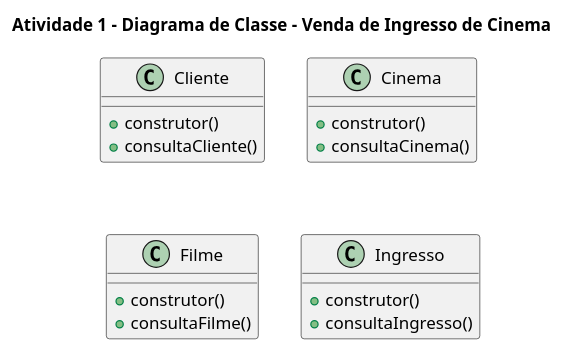
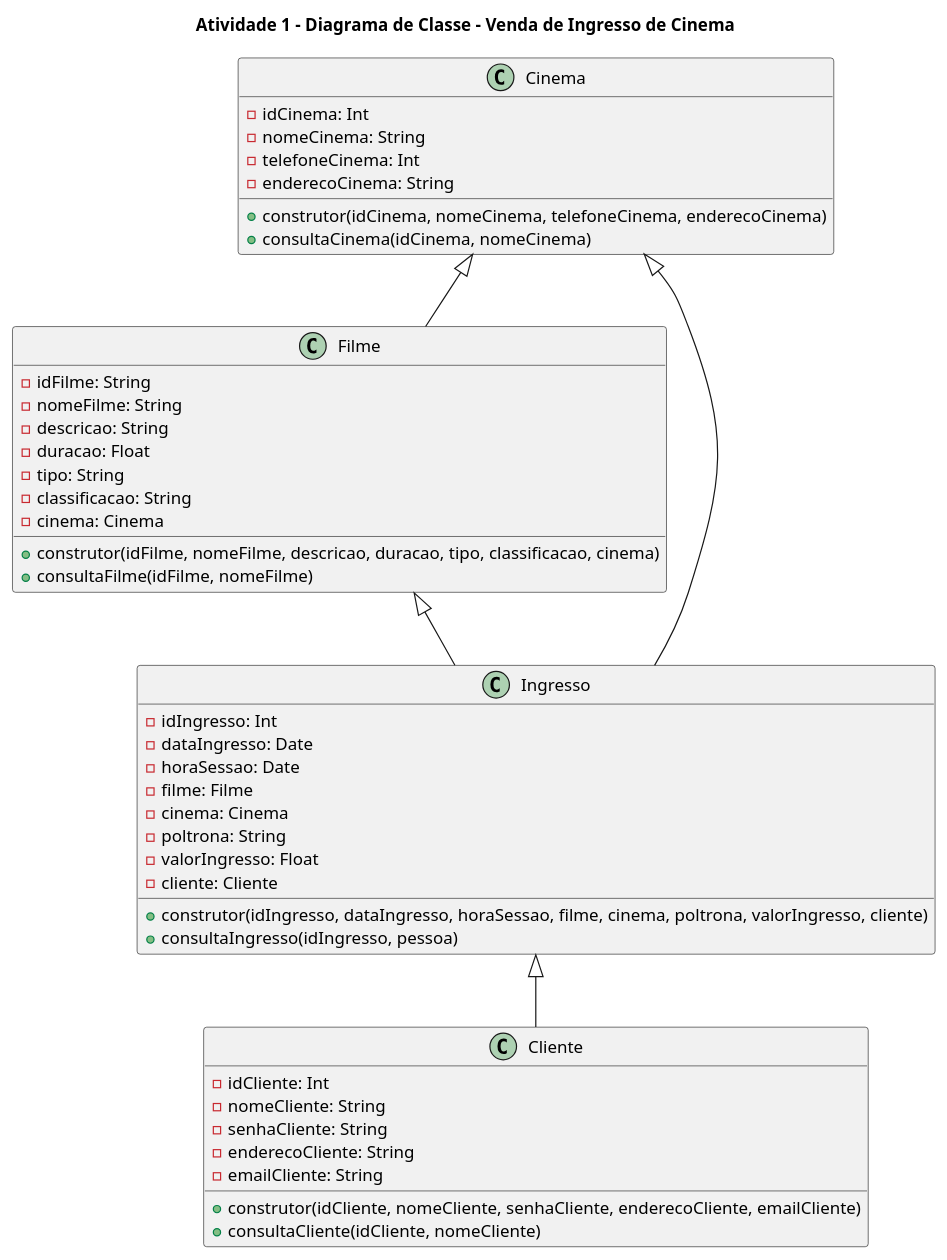
The diagram in Modelagem/Clientes.plantuml (anleaes/2023-1-N1-POO-09), drawn with PlantUML before and after one commit. The commit also changed other lines of this file and 1 other file, not shown here.

Commit message:
Ingresso.py
Criação da classe ingresso em Python

```diff
--- a/Modelagem/Clientes.plantuml
+++ b/Modelagem/Clientes.plantuml
@@ -3,30 +2,55 @@
 @startuml A1
 
 title Atividade 1 - Diagrama de Classe - Venda de Ingresso de Cinema
 
+
     class Cliente{
-
-    + construtor()
-    + consultaCliente()
+    - idCliente: Int
+    - nomeCliente: String
+    - senhaCliente: String 
+    - enderecoCliente: String
+    - emailCliente: String
+    + construtor(idCliente, nomeCliente, senhaCliente, enderecoCliente, emailCliente)
+    + consultaCliente(idCliente, nomeCliente)
 }
 
 class Cinema{
-
-    + construtor()
-    + consultaCinema()
+    - idCinema: Int
+    - nomeCinema: String
+    - telefoneCinema: Int
+    - enderecoCinema: String
+    + construtor(idCinema, nomeCinema, telefoneCinema, enderecoCinema)
+    + consultaCinema(idCinema, nomeCinema)
 }
 
 class Filme{
-    
-    + construtor()
-    + consultaFilme()
+    - idFilme: String
+    - nomeFilme: String
+    - descricao: String
+    - duracao: Float
+    - tipo: String
+    - classificacao: String
+    - cinema: Cinema
+    + construtor(idFilme, nomeFilme, descricao, duracao, tipo, classificacao, cinema)
+    + consultaFilme(idFilme, nomeFilme)
 }
 
 class Ingresso{
-
-    + construtor()
-    + consultaIngresso()
+    - idIngresso: Int
+    - dataIngresso: Date
+    - horaSessao: Date
+    - filme: Filme
+    - cinema: Cinema
+    - poltrona: String
+    - valorIngresso: Float
+    - cliente: Cliente
+    + construtor(idIngresso, dataIngresso, horaSessao, filme, cinema, poltrona, valorIngresso, cliente)
+    + consultaIngresso(idIngresso, pessoa)
 }
 
+Ingresso <|-- Cliente
+Filme <|-- Ingresso
+Cinema <|-- Ingresso
+Cinema <|-- Filme
 
 @enduml
```
